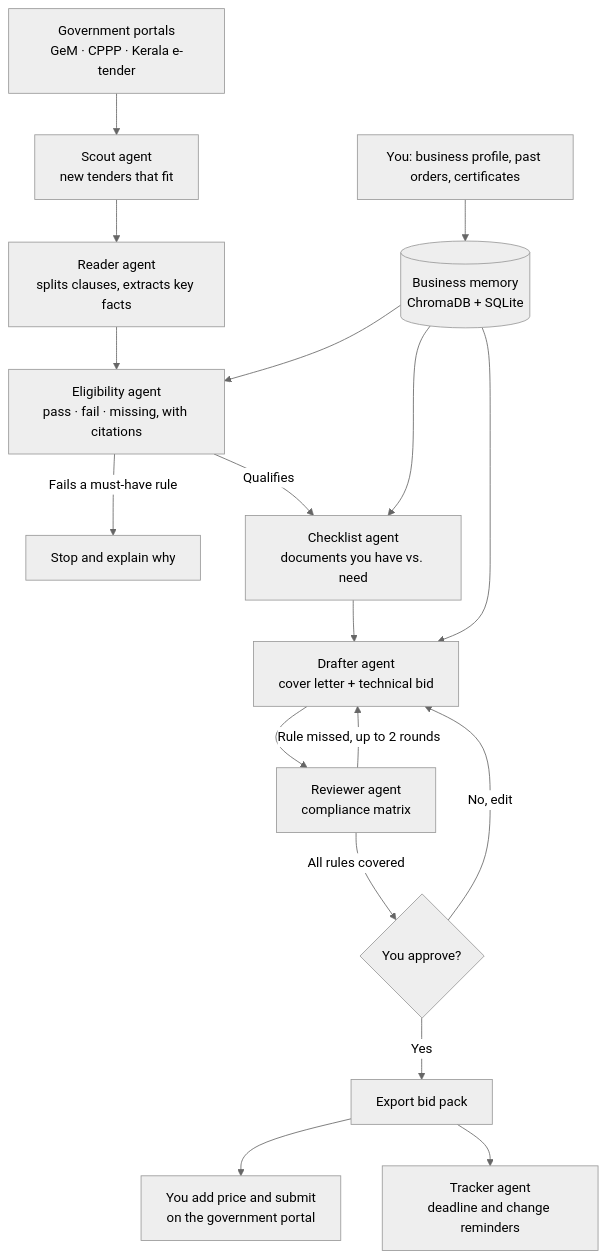
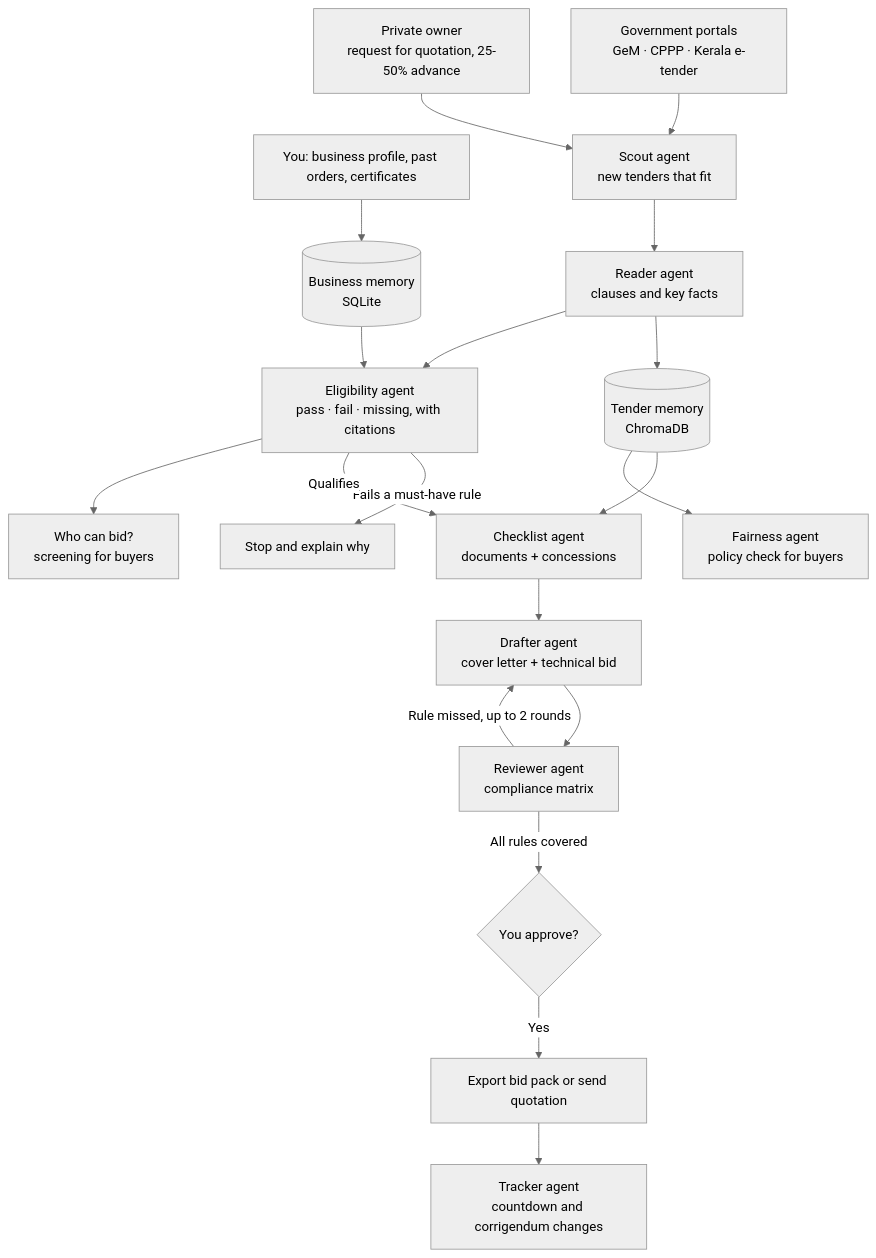
The diagram in README.md (loneryderr536/TenderSathi), drawn with Mermaid (neutral theme) before and after one commit. The commit also changed other lines of this file and 15 other files, not shown here.

````diff
--- a/README.md
+++ b/README.md
@@ -136,20 +171,21 @@
 ```mermaid
 flowchart TD
-    A[You: business profile, past orders, certificates] --> M[(Business memory<br/>ChromaDB + SQLite)]
+    A[You: business profile, past orders, certificates] --> M[(Business memory<br/>SQLite)]
     P[Government portals<br/>GeM · CPPP · Kerala e-tender] --> S[Scout agent<br/>new tenders that fit]
-    S --> C[Reader agent<br/>splits clauses, extracts key facts]
+    Q[Private owner<br/>request for quotation, 25-50% advance] --> S
+    S --> C[Reader agent<br/>clauses and key facts]
+    C --> V[(Tender memory<br/>ChromaDB)]
     C --> D[Eligibility agent<br/>pass · fail · missing, with citations]
     M --> D
     D -- Fails a must-have rule --> X[Stop and explain why]
-    D -- Qualifies --> E[Checklist agent<br/>documents you have vs. need]
-    M --> E
+    D -- Qualifies --> E[Checklist agent<br/>documents + concessions]
+    V --> E
     E --> F[Drafter agent<br/>cover letter + technical bid]
-    M --> F
     F --> G[Reviewer agent<br/>compliance matrix]
     G -- Rule missed, up to 2 rounds --> F
     G -- All rules covered --> H{You approve?}
-    H -- No, edit --> F
-    H -- Yes --> I[Export bid pack]
-    I --> J[You add price and submit<br/>on the government portal]
-    I --> K[Tracker agent<br/>deadline and change reminders]
+    H -- Yes --> I[Export bid pack or send quotation]
+    I --> K[Tracker agent<br/>countdown and corrigendum changes]
+    V --> FA[Fairness agent<br/>policy check for buyers]
+    D --> W[Who can bid?<br/>screening for buyers]
 ```
````
